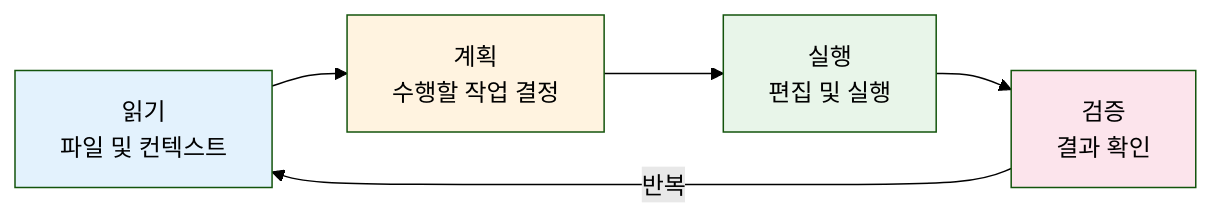
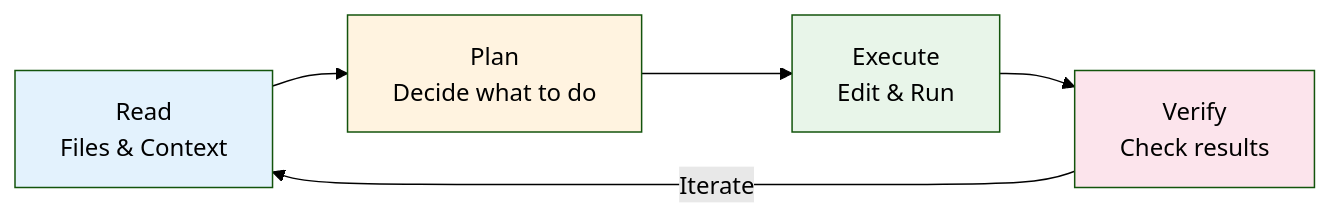
Before and after one commit to Choroning/26Spring_Operating-Systems: the second of 3 diagrams in W01_Introduction-to-Operating-Systems/Concepts-Lab.md, drawn with Mermaid (forest theme). The commit also changed other lines of this file and 22 other files, not shown here.

````diff
--- a/W01_Introduction-to-Operating-Systems/Concepts-Lab.md
+++ b/W01_Introduction-to-Operating-Systems/Concepts-Lab.md
@@ -49,11 +49,11 @@
 ```mermaid
 graph LR
-    A["읽기<br/>파일 및 컨텍스트"] --> B["계획<br/>수행할 작업 결정"]
-    B --> C["실행<br/>편집 및 실행"]
-    C --> D["검증<br/>결과 확인"]
-    D -->|반복| A
+    A["Read<br/>Files & Context"] --> B["Plan<br/>Decide what to do"]
+    B --> C["Execute<br/>Edit & Run"]
+    C --> D["Verify<br/>Check results"]
+    D -->|Iterate| A
     style A fill:#e3f2fd
     style B fill:#fff3e0
     style C fill:#e8f5e9
     style D fill:#fce4ec
 ```
````
